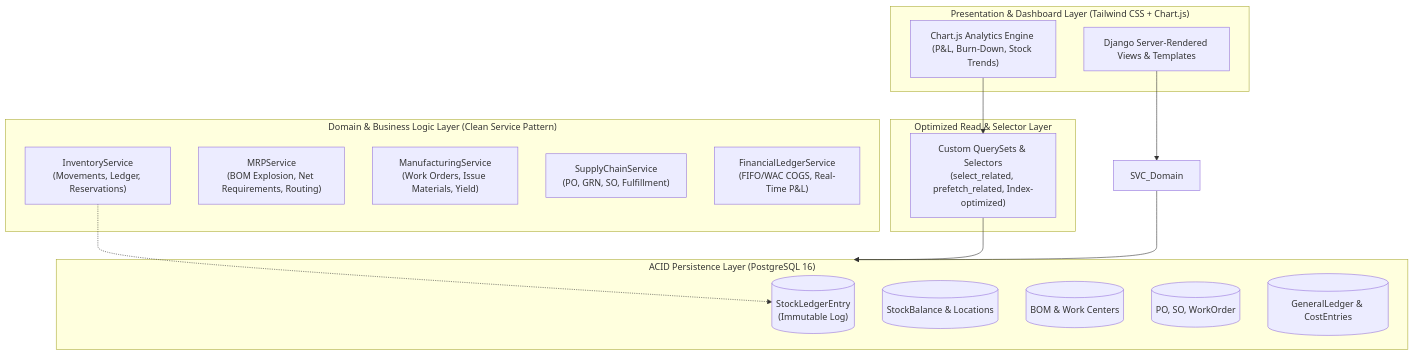
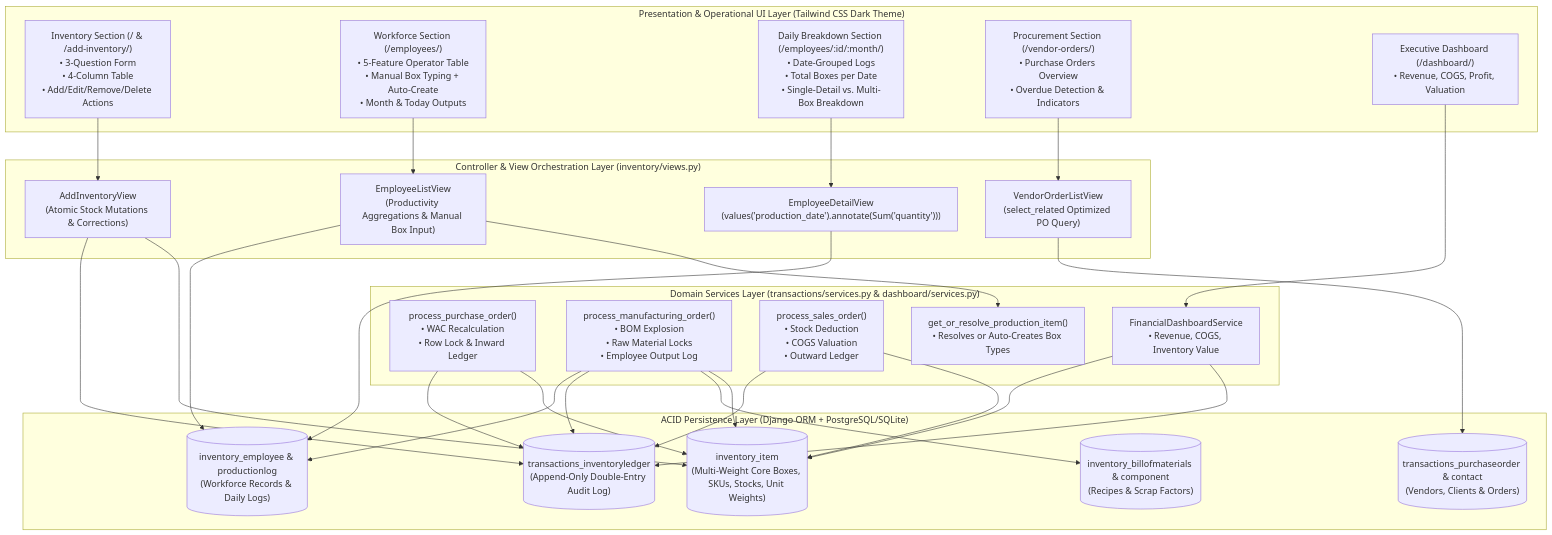
The diagram in ARCHITECTURE.md (anaskhan7866/Global-IMS), drawn with Mermaid before and after one commit. The commit also changed other lines of this file and 1 other file, not shown here.

Commit message:
docs(architecture): audit codebase and synchronize architecture specification with real-world implementation

````diff
--- a/ARCHITECTURE.md
+++ b/ARCHITECTURE.md
@@ -40,33 +72,57 @@
 ```mermaid
 graph TD
-    subgraph UI_Presentation["Presentation & Dashboard Layer (Tailwind CSS + Chart.js)"]
-        UI_Web["Django Server-Rendered Views & Templates"]
-        UI_Charts["Chart.js Analytics Engine (P&L, Burn-Down, Stock Trends)"]
+    subgraph UI_Presentation["Presentation & Operational UI Layer (Tailwind CSS Dark Theme)"]
+        UI_Inv["Inventory Section (/ & /add-inventory/)<br/>• 3-Question Form<br/>• 4-Column Table<br/>• Add/Edit/Remove/Delete Actions"]
+        UI_Emp["Workforce Section (/employees/)<br/>• 5-Feature Operator Table<br/>• Manual Box Typing + Auto-Create<br/>• Month & Today Outputs"]
+        UI_Log["Daily Breakdown Section (/employees/:id/:month/)<br/>• Date-Grouped Logs<br/>• Total Boxes per Date<br/>• Single-Detail vs. Multi-Box Breakdown"]
+        UI_Vend["Procurement Section (/vendor-orders/)<br/>• Purchase Orders Overview<br/>• Overdue Detection & Indicators"]
+        UI_Dash["Executive Dashboard (/dashboard/)<br/>• Revenue, COGS, Profit, Valuation"]
     end
 
-    subgraph Service_Domain["Domain & Business Logic Layer (Clean Service Pattern)"]
-        SVC_Inv["InventoryService<br/>(Movements, Ledger, Reservations)"]
-        SVC_MRP["MRPService<br/>(BOM Explosion, Net Requirements, Routing)"]
-        SVC_Mfg["ManufacturingService<br/>(Work Orders, Issue Materials, Yield)"]
-        SVC_SCM["SupplyChainService<br/>(PO, GRN, SO, Fulfillment)"]
-        SVC_Fin["FinancialLedgerService<br/>(FIFO/WAC COGS, Real-Time P&L)"]
+    subgraph Controller_Layer["Controller & View Orchestration Layer (inventory/views.py)"]
+        V_AddInv["AddInventoryView<br/>(Atomic Stock Mutations & Corrections)"]
+        V_EmpList["EmployeeListView<br/>(Productivity Aggregations & Manual Box Input)"]
+        V_EmpDetail["EmployeeDetailView<br/>(values('production_date').annotate(Sum('quantity')))"]
+        V_POList["VendorOrderListView<br/>(select_related Optimized PO Query)"]
     end
 
-    subgraph Selector_Layer["Optimized Read & Selector Layer"]
-        SEL_Queries["Custom QuerySets & Selectors<br/>(select_related, prefetch_related, Index-optimized)"]
+    subgraph Service_Domain["Domain Services Layer (transactions/services.py & dashboard/services.py)"]
+        SVC_PO["process_purchase_order()<br/>• WAC Recalculation<br/>• Row Lock & Inward Ledger"]
+        SVC_Mfg["process_manufacturing_order()<br/>• BOM Explosion<br/>• Raw Material Locks<br/>• Employee Output Log"]
+        SVC_Sales["process_sales_order()<br/>• Stock Deduction<br/>• COGS Valuation<br/>• Outward Ledger"]
+        SVC_Fin["FinancialDashboardService<br/>• Revenue, COGS, Inventory Value"]
+        SVC_Res["get_or_resolve_production_item()<br/>• Resolves or Auto-Creates Box Types"]
     end
 
-    subgraph Persistence_Layer["ACID Persistence Layer (PostgreSQL 16)"]
-        DB_Ledger[("StockLedgerEntry<br/>(Immutable Log)")]
-        DB_Inv[("StockBalance & Locations")]
-        DB_BOM[("BOM & Work Centers")]
-        DB_Orders[("PO, SO, WorkOrder")]
-        DB_Fin[("GeneralLedger & CostEntries")]
+    subgraph Persistence_Layer["ACID Persistence Layer (Django ORM + PostgreSQL/SQLite)"]
+        DB_Item[("inventory_item<br/>(Multi-Weight Core Boxes, SKUs, Stocks, Unit Weights)")]
+        DB_BOM[("inventory_billofmaterials & component<br/>(Recipes & Scrap Factors)")]
+        DB_Emp[("inventory_employee & productionlog<br/>(Workforce Records & Daily Logs)")]
+        DB_Ledger[("transactions_inventoryledger<br/>(Append-Only Double-Entry Audit Log)")]
+        DB_PO[("transactions_purchaseorder & contact<br/>(Vendors, Clients & Orders)")]
     end
 
-    UI_Web --> SVC_Domain
-    UI_Charts --> SEL_Queries
-    SEL_Queries --> Persistence_Layer
-    SVC_Domain --> Persistence_Layer
-    SVC_Inv -.-> DB_Ledger
+    UI_Inv --> V_AddInv
+    UI_Emp --> V_EmpList
+    UI_Log --> V_EmpDetail
+    UI_Vend --> V_POList
+    UI_Dash --> SVC_Fin
+
+    V_AddInv --> DB_Item
+    V_AddInv --> DB_Ledger
+    V_EmpList --> SVC_Res
+    V_EmpList --> DB_Emp
+    V_EmpDetail --> DB_Emp
+    V_POList --> DB_PO
+
+    SVC_PO --> DB_Item
+    SVC_PO --> DB_Ledger
+    SVC_Mfg --> DB_Item
+    SVC_Mfg --> DB_BOM
+    SVC_Mfg --> DB_Ledger
+    SVC_Mfg --> DB_Emp
+    SVC_Sales --> DB_Item
+    SVC_Sales --> DB_Ledger
+    SVC_Fin --> DB_Ledger
+    SVC_Fin --> DB_Item
 ```
````
